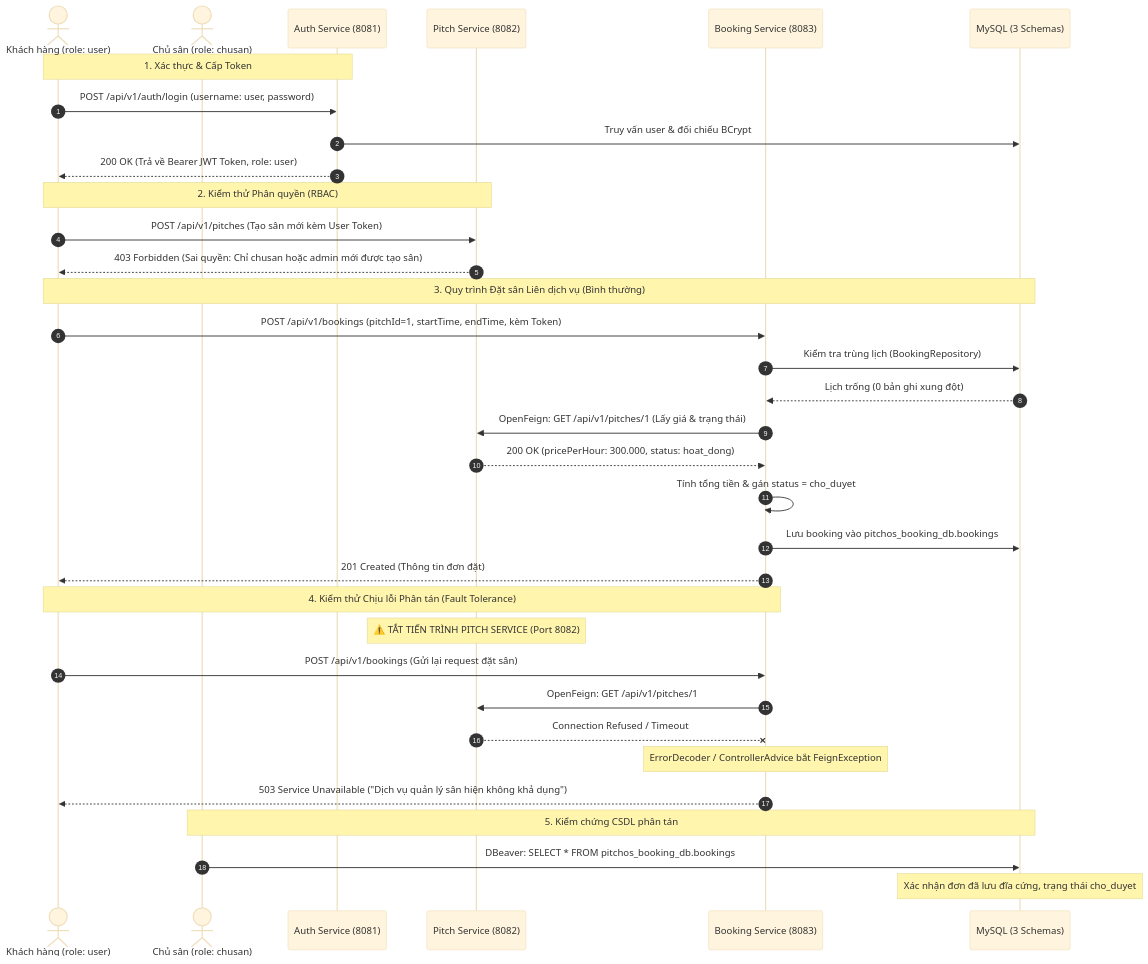
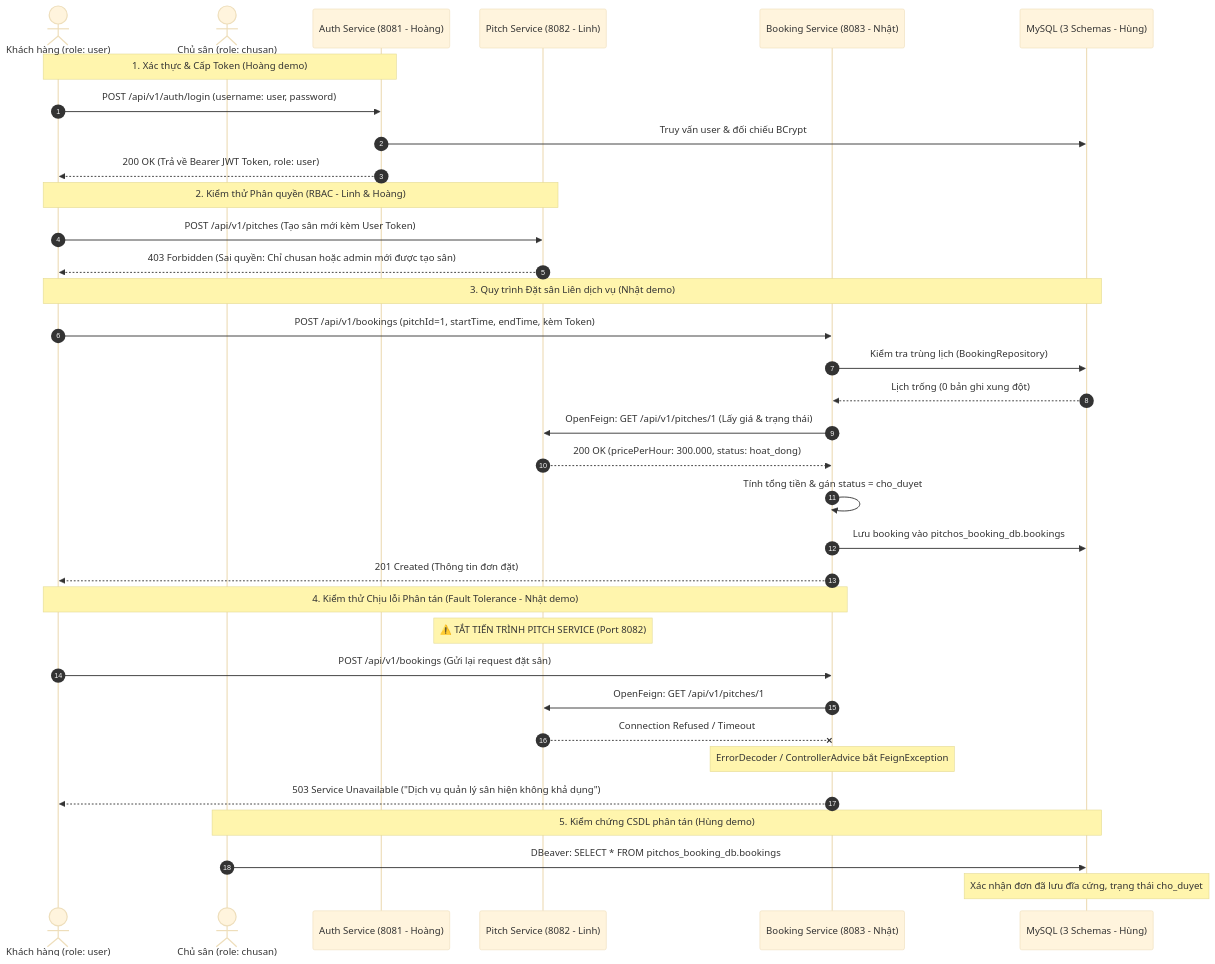
Before and after one commit to viduchung/PTPM: the diagram in docs/DEMO_VA_KIEM_THU.md, drawn with Mermaid (base theme). The commit also changed other lines of this file and 14 other files, not shown here.

````diff
--- a/docs/DEMO_VA_KIEM_THU.md
+++ b/docs/DEMO_VA_KIEM_THU.md
@@ -9,46 +9,46 @@
 ```mermaid
 sequenceDiagram
     autonumber
     actor User as Khách hàng (role: user)
     actor ChuSan as Chủ sân (role: chusan)
-    participant Auth as Auth Service (8081)
-    participant Pitch as Pitch Service (8082)
-    participant Booking as Booking Service (8083)
-    participant DB as MySQL (3 Schemas)
+    participant Auth as Auth Service (8081 - Hoàng)
+    participant Pitch as Pitch Service (8082 - Linh)
+    participant Booking as Booking Service (8083 - Nhật)
+    participant DB as MySQL (3 Schemas - Hùng)
 
     %% Giai đoạn Đăng nhập
-    Note over User, Auth: 1. Xác thực & Cấp Token
+    Note over User, Auth: 1. Xác thực & Cấp Token (Hoàng demo)
     User->>Auth: POST /api/v1/auth/login (username: user, password)
     Auth->>DB: Truy vấn user & đối chiếu BCrypt
     Auth-->>User: 200 OK (Trả về Bearer JWT Token, role: user)
 
     %% Giai đoạn Kiểm tra Phân quyền
-    Note over User, Pitch: 2. Kiểm thử Phân quyền (RBAC)
+    Note over User, Pitch: 2. Kiểm thử Phân quyền (RBAC - Linh & Hoàng)
     User->>Pitch: POST /api/v1/pitches (Tạo sân mới kèm User Token)
     Pitch-->>User: 403 Forbidden (Sai quyền: Chỉ chusan hoặc admin mới được tạo sân)
 
     %% Giai đoạn Đặt sân thành công
-    Note over User, DB: 3. Quy trình Đặt sân Liên dịch vụ (Bình thường)
+    Note over User, DB: 3. Quy trình Đặt sân Liên dịch vụ (Nhật demo)
     User->>Booking: POST /api/v1/bookings (pitchId=1, startTime, endTime, kèm Token)
     Booking->>DB: Kiểm tra trùng lịch (BookingRepository)
     DB-->>Booking: Lịch trống (0 bản ghi xung đột)
     Booking->>Pitch: OpenFeign: GET /api/v1/pitches/1 (Lấy giá & trạng thái)
     Pitch-->>Booking: 200 OK (pricePerHour: 300.000, status: hoat_dong)
     Booking->>Booking: Tính tổng tiền & gán status = cho_duyet
     Booking->>DB: Lưu booking vào pitchos_booking_db.bookings
     Booking-->>User: 201 Created (Thông tin đơn đặt)
 
     %% Giai đoạn Sập dịch vụ phân tán
-    Note over User, Booking: 4. Kiểm thử Chịu lỗi Phân tán (Fault Tolerance)
+    Note over User, Booking: 4. Kiểm thử Chịu lỗi Phân tán (Fault Tolerance - Nhật demo)
     Note over Pitch: ⚠️ TẮT TIẾN TRÌNH PITCH SERVICE (Port 8082)
     User->>Booking: POST /api/v1/bookings (Gửi lại request đặt sân)
     Booking->>Pitch: OpenFeign: GET /api/v1/pitches/1
     Pitch--xBooking: Connection Refused / Timeout
     Note over Booking: ErrorDecoder / ControllerAdvice bắt FeignException
     Booking-->>User: 503 Service Unavailable ("Dịch vụ quản lý sân hiện không khả dụng")
 
     %% Giai đoạn Xác minh dữ liệu
-    Note over ChuSan, DB: 5. Kiểm chứng CSDL phân tán
+    Note over ChuSan, DB: 5. Kiểm chứng CSDL phân tán (Hùng demo)
     ChuSan->>DB: DBeaver: SELECT * FROM pitchos_booking_db.bookings
     Note over DB: Xác nhận đơn đã lưu đĩa cứng, trạng thái cho_duyet
 ```
````
